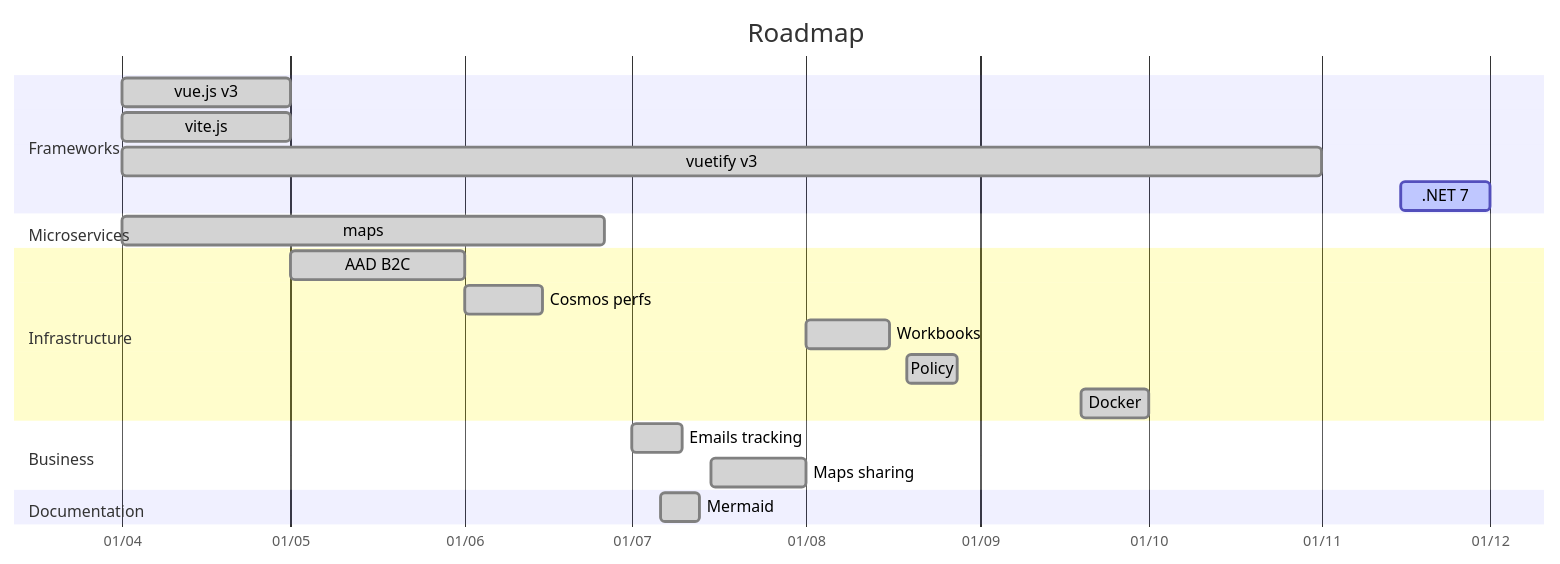
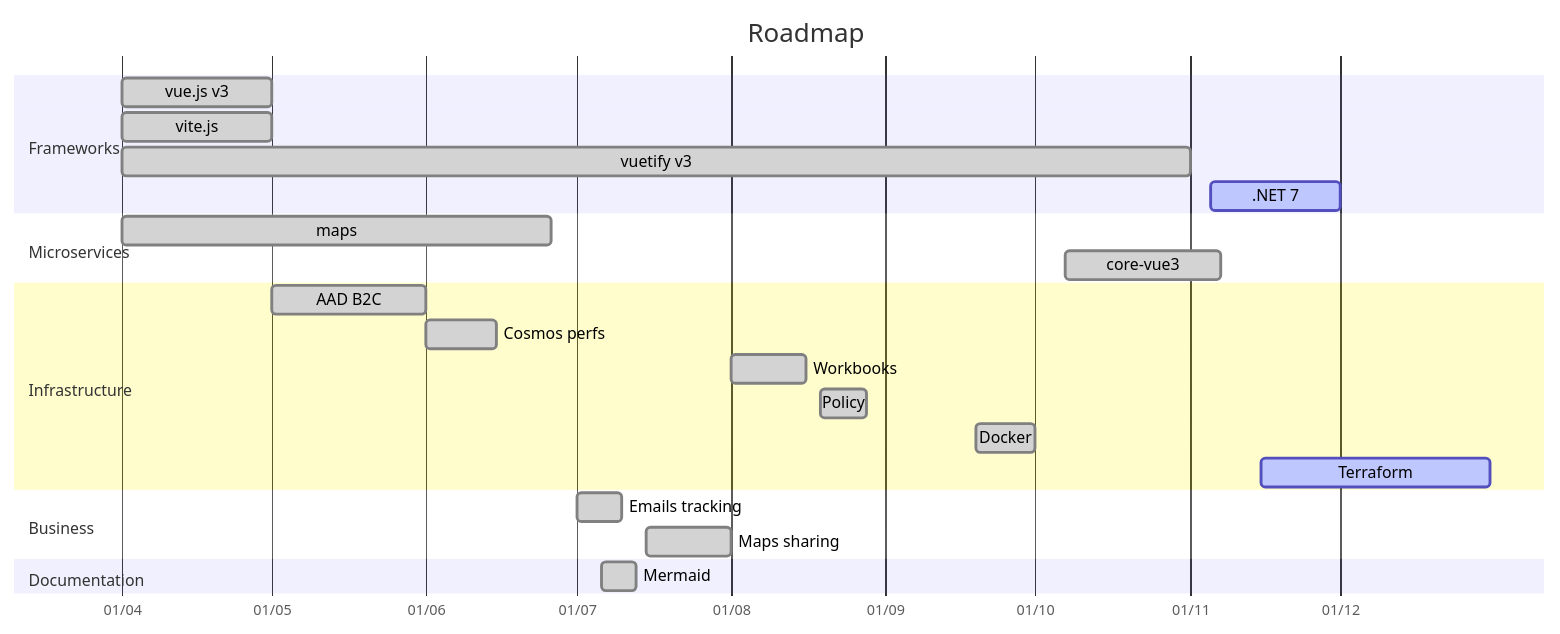
One commit to amilochau/.github changed the diagram in docs/roadmap.md. Above: the diagram before and after it, drawn with Mermaid. The commit also changed other lines of this file, not shown here.

Commit message:
Update roadmap

````diff
--- a/docs/roadmap.md
+++ b/docs/roadmap.md
@@ -9,29 +9,31 @@
 ```mermaid
 gantt
   title Roadmap
   dateFormat YYYY-MM-DD
   axisFormat %d/%m
 
   section Frameworks
   vue.js v3       : done,       vue,        2022-04-01,               2022-05-01
   vite.js         : done,       vite,       2022-04-01,               2022-05-01
   vuetify v3      : done,       vuetify,    2022-04-01,               2022-11-01
-  .NET 7          : active,     dotnet,     2022-11-15,               2022-12-01
+  .NET 7          : active,     dotnet,     2022-11-05,               2022-12-01
 
   section Microservices
   maps            : done,       maps,       2022-04-01,               2022-06-26
+  core-vue3       : done,       corevue3,   2022-10-07,               2022-11-07
 
   section Infrastructure
   AAD B2C         : done,       aadb2c,     2022-05-01,               2022-06-01
   Cosmos perfs    : done,       cosmos,     2022-06-01,               2022-06-15
   Workbooks       : done,       workbooks,  2022-08-01,               2022-08-16
   Policy          : done,       policy,     2022-08-19,               2022-08-28
   Docker          : done,       docker,     2022-09-19,               2022-10-01
+  Terraform       : active,     terraform,  2022-11-15,               2022-12-31
 
   section Business
   Emails tracking : done,       tracking,   2022-07-01,               2022-07-10
   Maps sharing    : done,       sharing,    2022-07-15,               2022-08-01
 
   section Documentation
   Mermaid         : done,       mermaid,    2022-07-06,               2022-07-13
 ```
````
